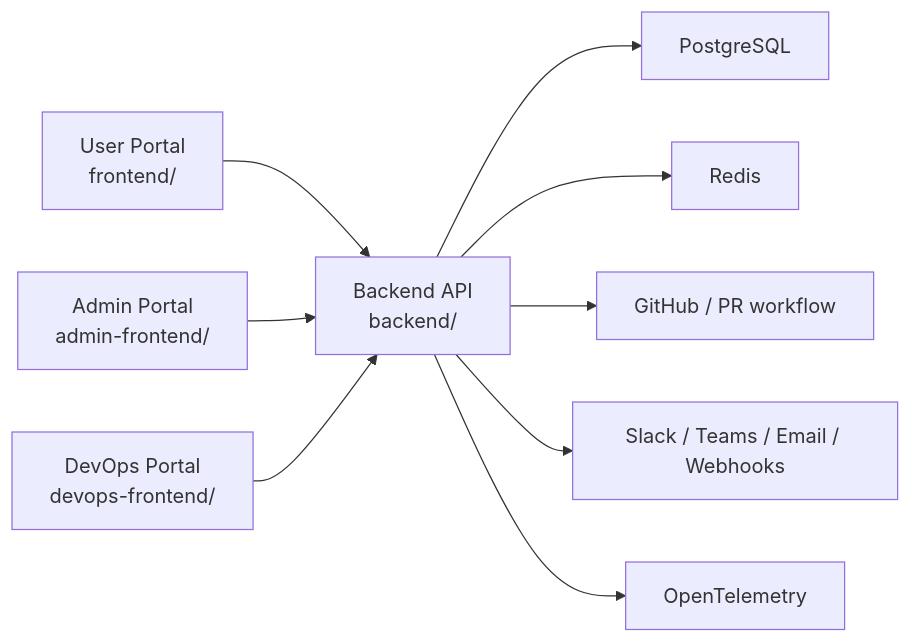
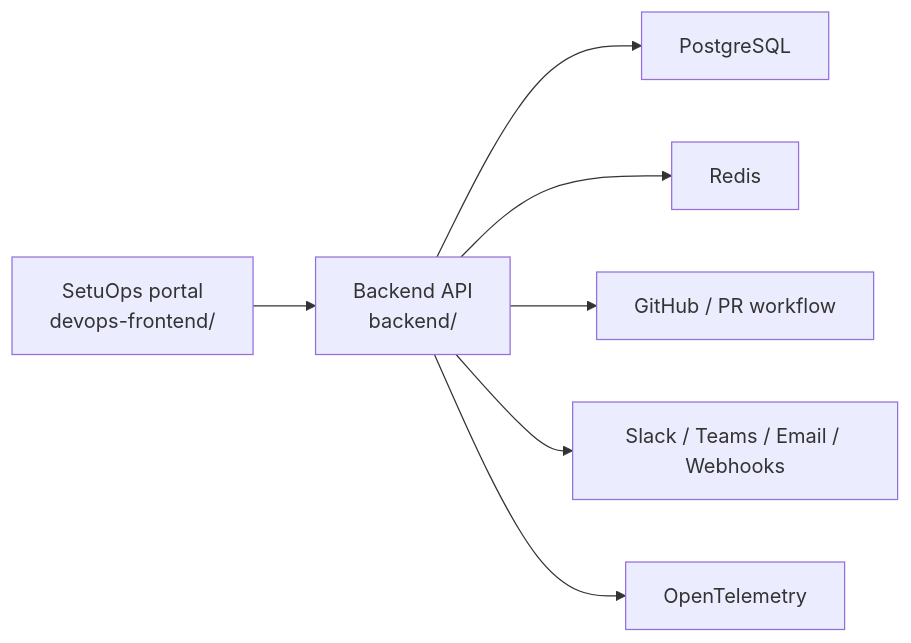
One commit to shashank3656/devops_project changed the fourth of 4 diagrams in docs/ARCHITECTURE.md. Above: the diagram before and after it, drawn with Mermaid. The commit also changed other lines of this file and 11 other files, not shown here.

````diff
--- a/docs/ARCHITECTURE.md
+++ b/docs/ARCHITECTURE.md
@@ -115,21 +105,17 @@
 ```mermaid
 flowchart LR
-    User["User Portal<br/>frontend/"]
-    Admin["Admin Portal<br/>admin-frontend/"]
-    DevOps["DevOps Portal<br/>devops-frontend/"]
+    DevOps["SetuOps portal<br/>devops-frontend/"]
     API["Backend API<br/>backend/"]
     DB["PostgreSQL"]
     Redis["Redis"]
     GitHub["GitHub / PR workflow"]
     Notify["Slack / Teams / Email / Webhooks"]
     OTel["OpenTelemetry"]
 
-    User --> API
-    Admin --> API
     DevOps --> API
     API --> DB
     API --> Redis
     API --> GitHub
     API --> Notify
     API --> OTel
 ```
````
